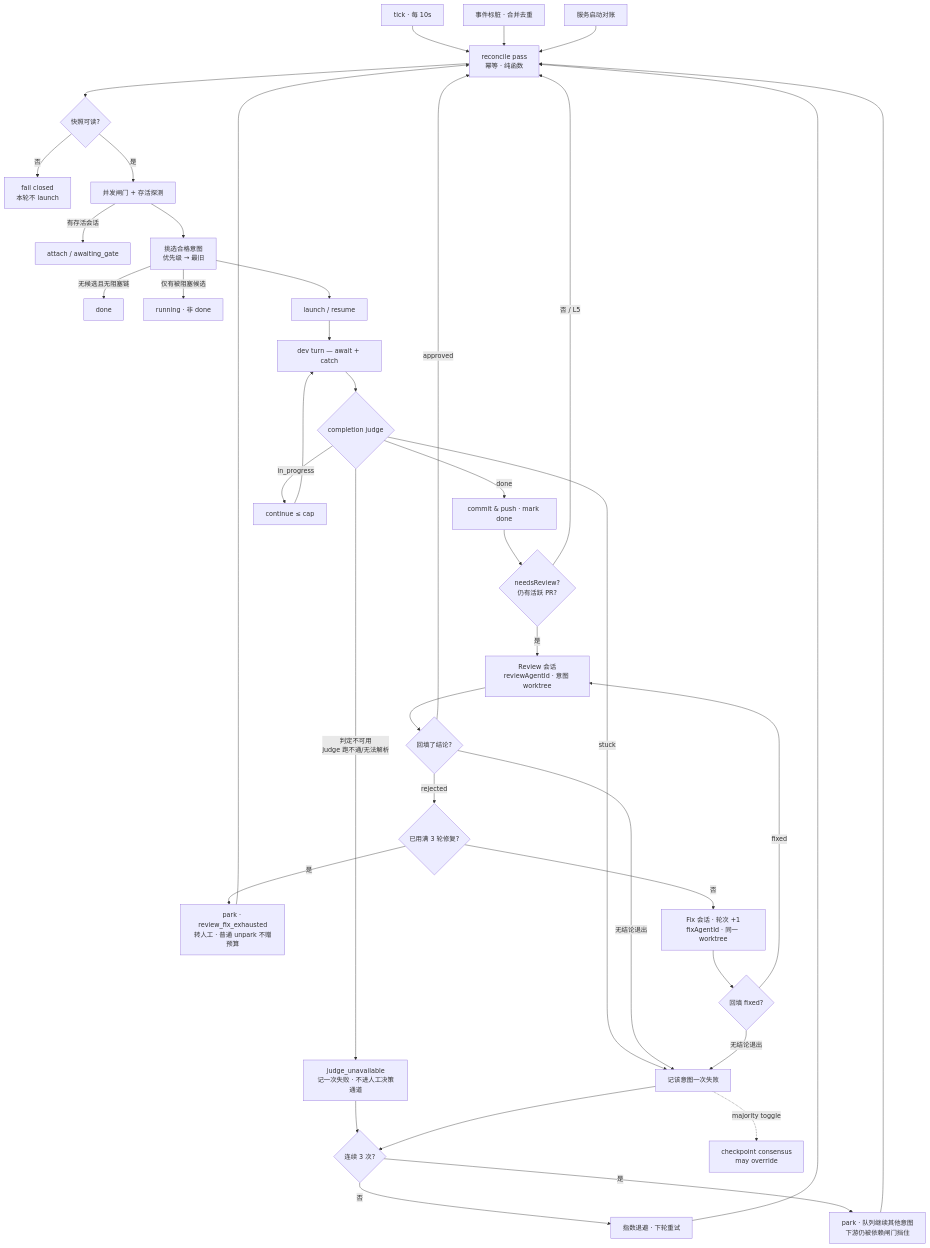
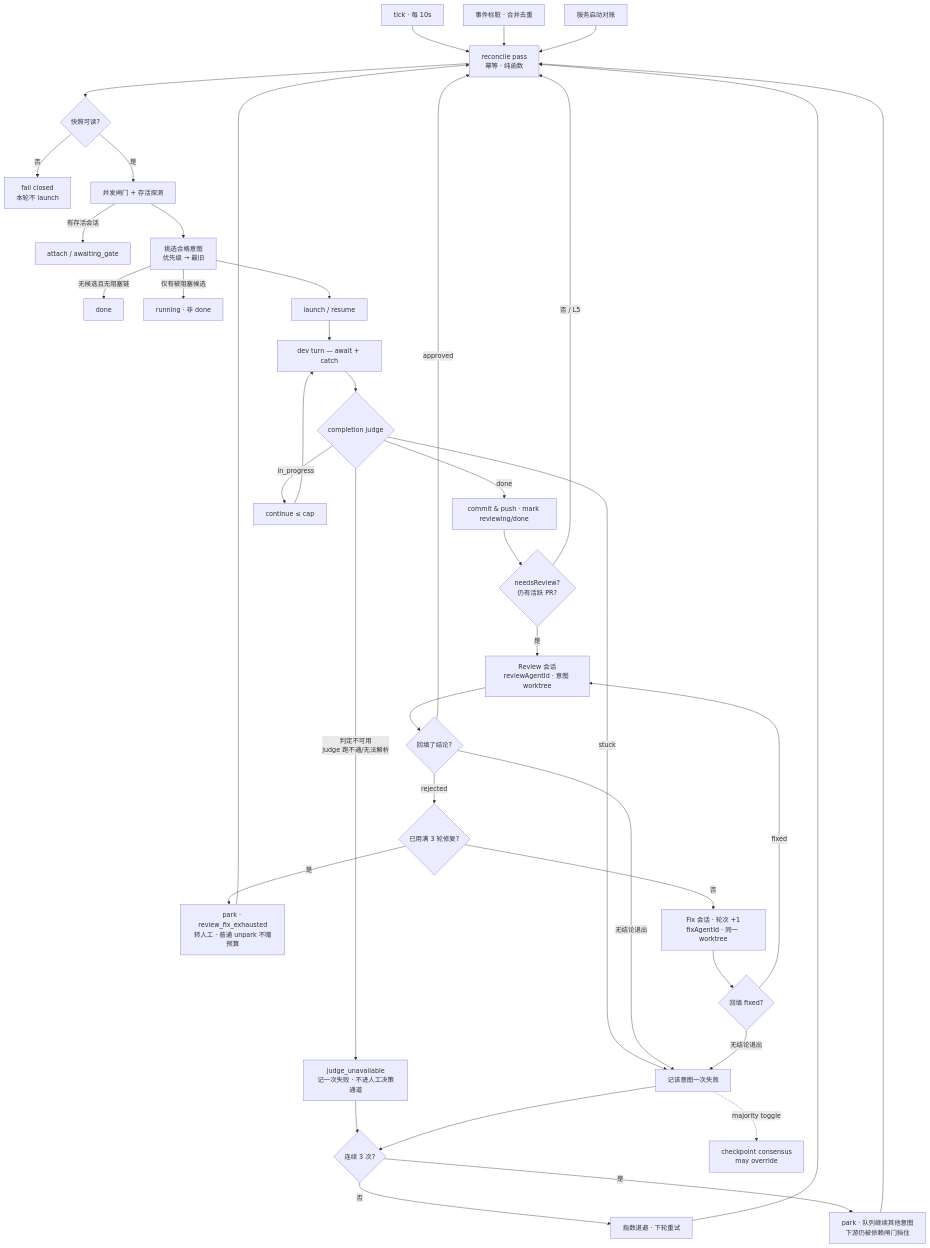
One commit to sequencestream/c3 changed the diagram in doc/flows/flow-automation-orchestrator.md. Above: the diagram before and after it, drawn with Mermaid. The commit also changed other lines of this file and 47 other files, not shown here.

Commit message:
feat: 重构意图状态机：引入 reviewing 态、done 延后至评审通过+合并，确保评审/修复接力自动执行

````diff
--- a/doc/flows/flow-automation-orchestrator.md
+++ b/doc/flows/flow-automation-orchestrator.md
@@ -22,41 +23,41 @@
 ```mermaid
 flowchart TD
     T1[tick · 每 10s] --> P
     T2[事件标脏 · 合并去重] --> P
     T3[服务启动对账] --> P
     P[reconcile pass<br/>幂等 · 纯函数] --> SNAP{快照可读?}
     SNAP -- 否 --> FC[fail closed<br/>本轮不 launch]
     SNAP -- 是 --> GATE[并发闸门 + 存活探测]
     GATE -- 有存活会话 --> ATT[attach / awaiting_gate]
     GATE --> PICK[挑选合格意图<br/>优先级 → 最旧]
     PICK -- 无候选且无阻塞链 --> DONE[done]
     PICK -- 仅有被阻塞候选 --> RUN[running · 非 done]
     PICK --> ACT[launch / resume]
     ACT --> DEVT[dev turn — await + catch]
     DEVT --> J{completion judge}
-    J -- done --> CP[commit & push · mark done]
+    J -- done --> CP[commit & push · mark reviewing/done]
     J -- in_progress --> CONT[continue ≤ cap]
     J -- stuck --> FAIL[记该意图一次失败]
     J -- 判定不可用<br/>judge 跑不通/无法解析 --> FAILU[judge_unavailable<br/>记一次失败 · 不进人工决策通道]
     CONT --> DEVT
     FAILU --> BO
     FAIL --> BO{连续 3 次?}
     BO -- 否 --> BACK[指数退避 · 下轮重试]
     BO -- 是 --> PARK[park · 队列继续其他意图<br/>下游仍被依赖闸门挡住]
     CP --> RL{needsReview?<br/>仍有活跃 PR?}
     RL -- 否 / L5 --> P
     RL -- 是 --> REV[Review 会话<br/>reviewAgentId · 意图 worktree]
     REV --> RS{回填了结论?}
     RS -- 无结论退出 --> FAIL
     RS -- approved --> P
     RS -- rejected --> RB{已用满 3 轮修复?}
     RB -- 是 --> PARKX[park · review_fix_exhausted<br/>转人工 · 普通 unpark 不赠预算]
     RB -- 否 --> FIX[Fix 会话 · 轮次 +1<br/>fixAgentId · 同一 worktree]
     FIX --> FS{回填 fixed?}
     FS -- 无结论退出 --> FAIL
     FS -- fixed --> REV
     BACK --> P
     PARK --> P
     PARKX --> P
     FAIL -. majority toggle .-> CC[checkpoint consensus<br/>may override]
 ```
````
